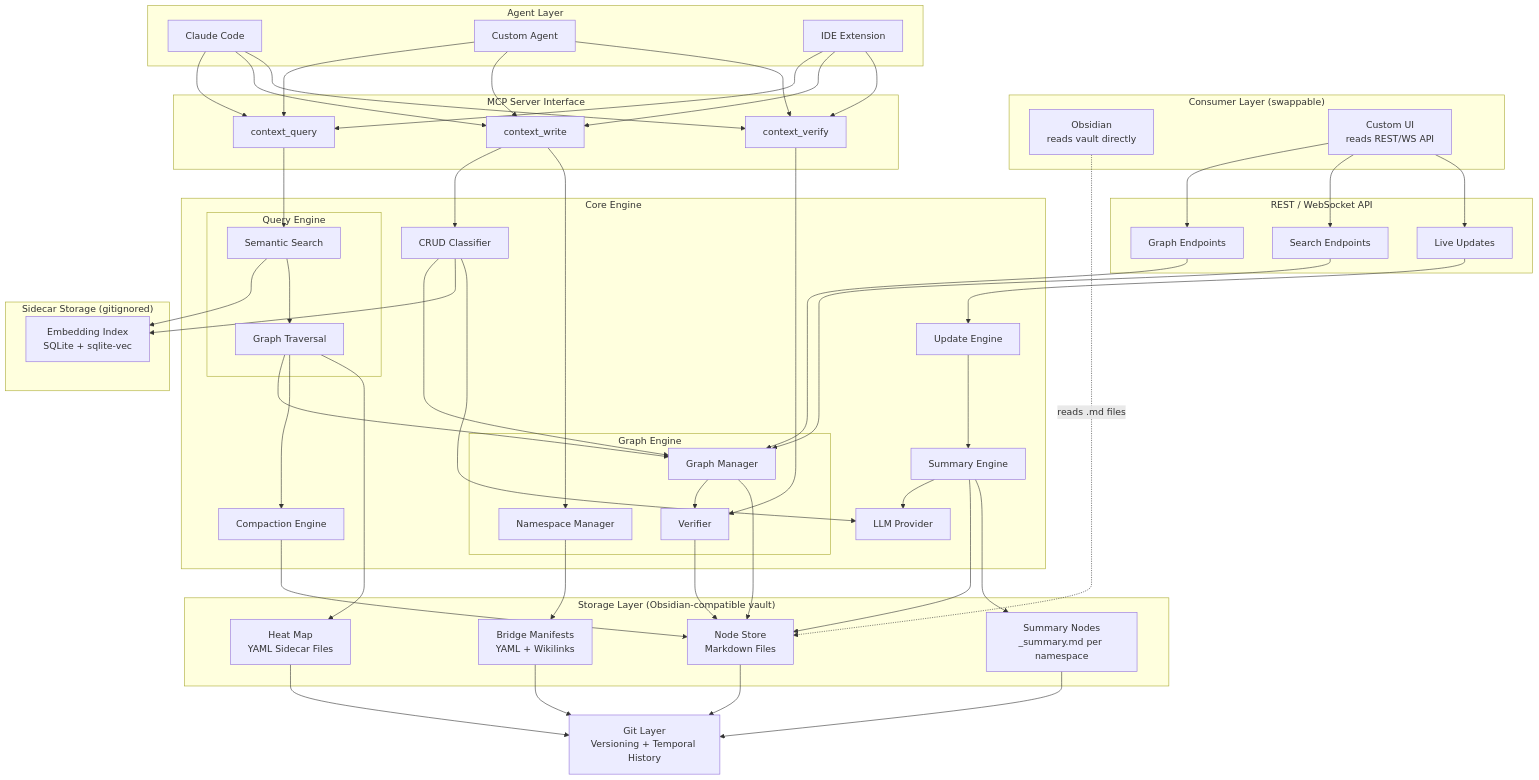
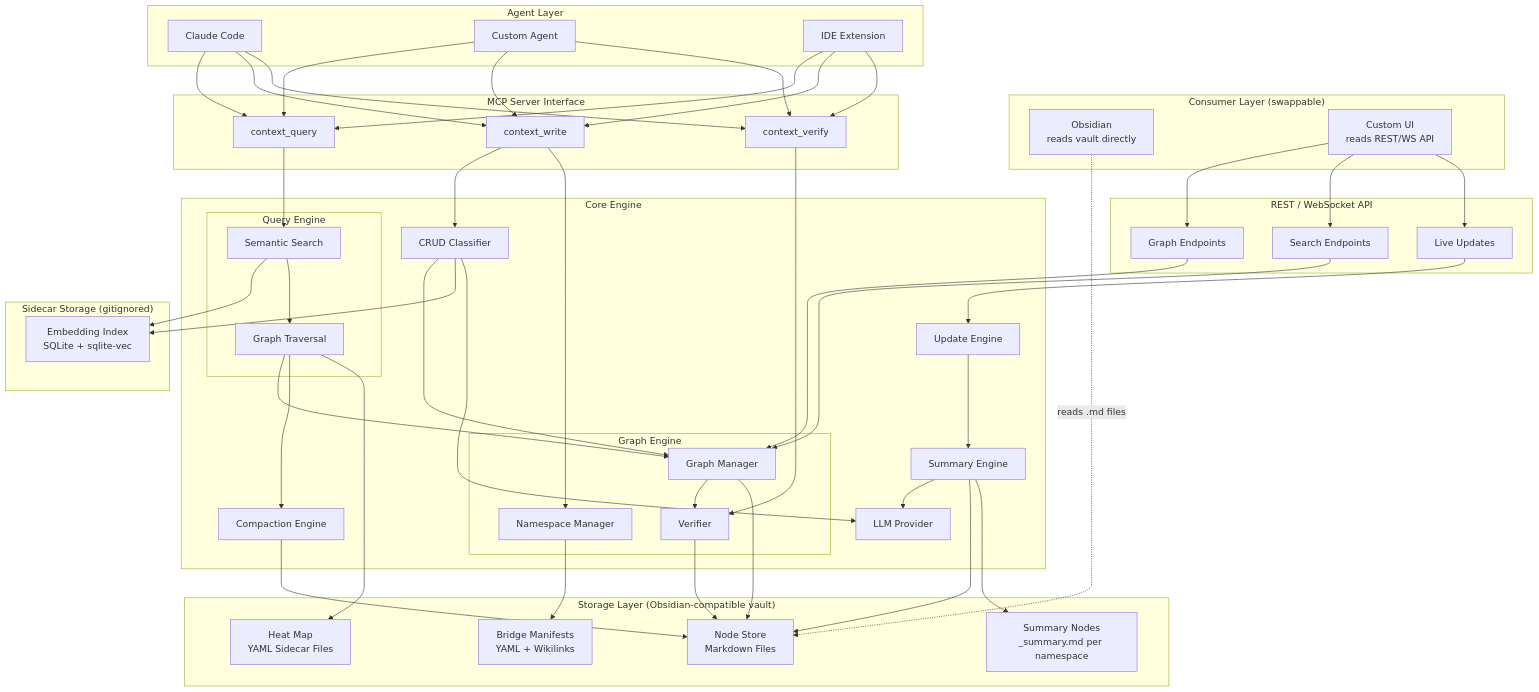
The first of 3 diagrams in docs/architecture.md (Nurozen/context-marmot), drawn with Mermaid before and after one commit. The commit also changed other lines of this file and 21 other files, not shown here.

````diff
--- a/docs/architecture.md
+++ b/docs/architecture.md
@@ -57,8 +57,6 @@
         EI[Embedding Index<br/>SQLite + sqlite-vec]
     end
 
-    GIT[Git Layer<br/>Versioning + Temporal History]
-
     A1 & A2 & A3 --> Q & W & V
     OB -.->|reads .md files| NF
     CU --> R1 & R2 & R3
@@ -81,8 +79,4 @@
     SUM --> NF
     SUM --> SN
     UE --> SUM
-    NF --> GIT
-    HM --> GIT
-    BR --> GIT
-    SN --> GIT
 ```
````
